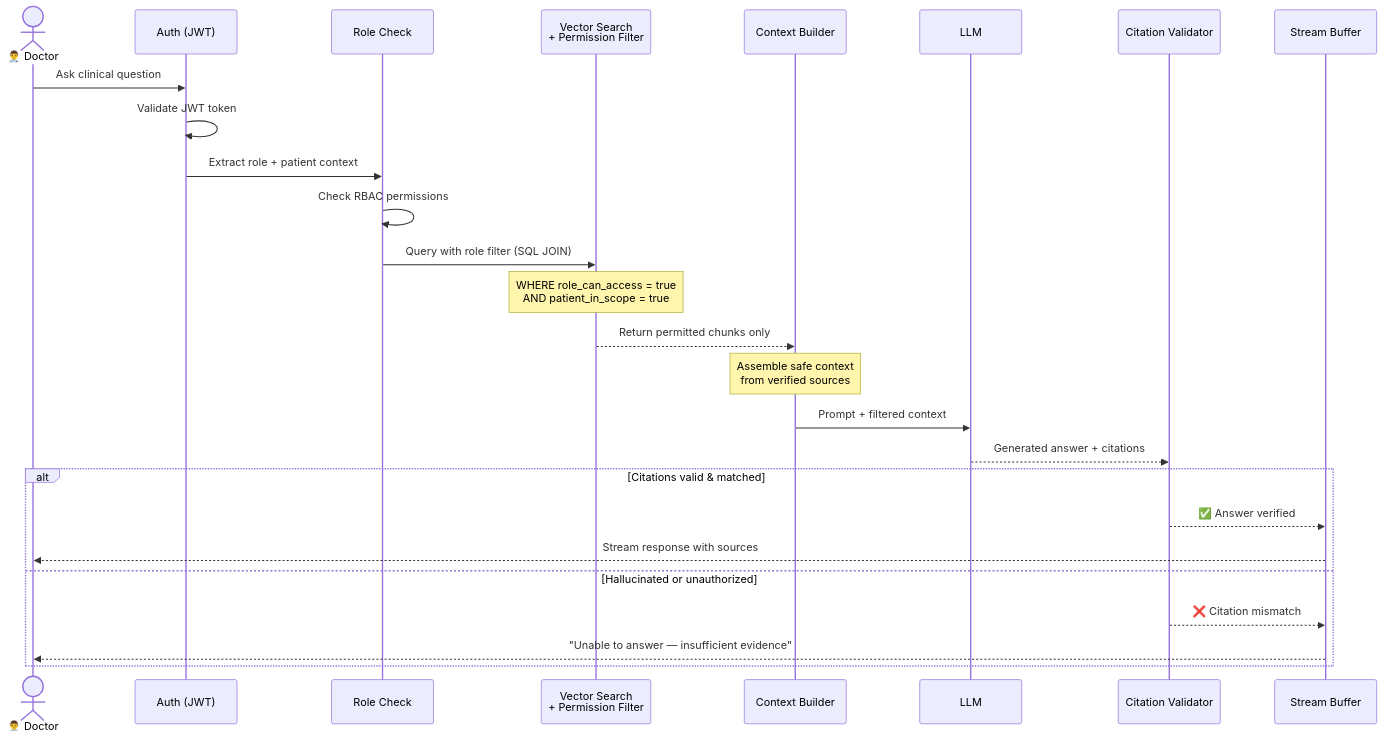
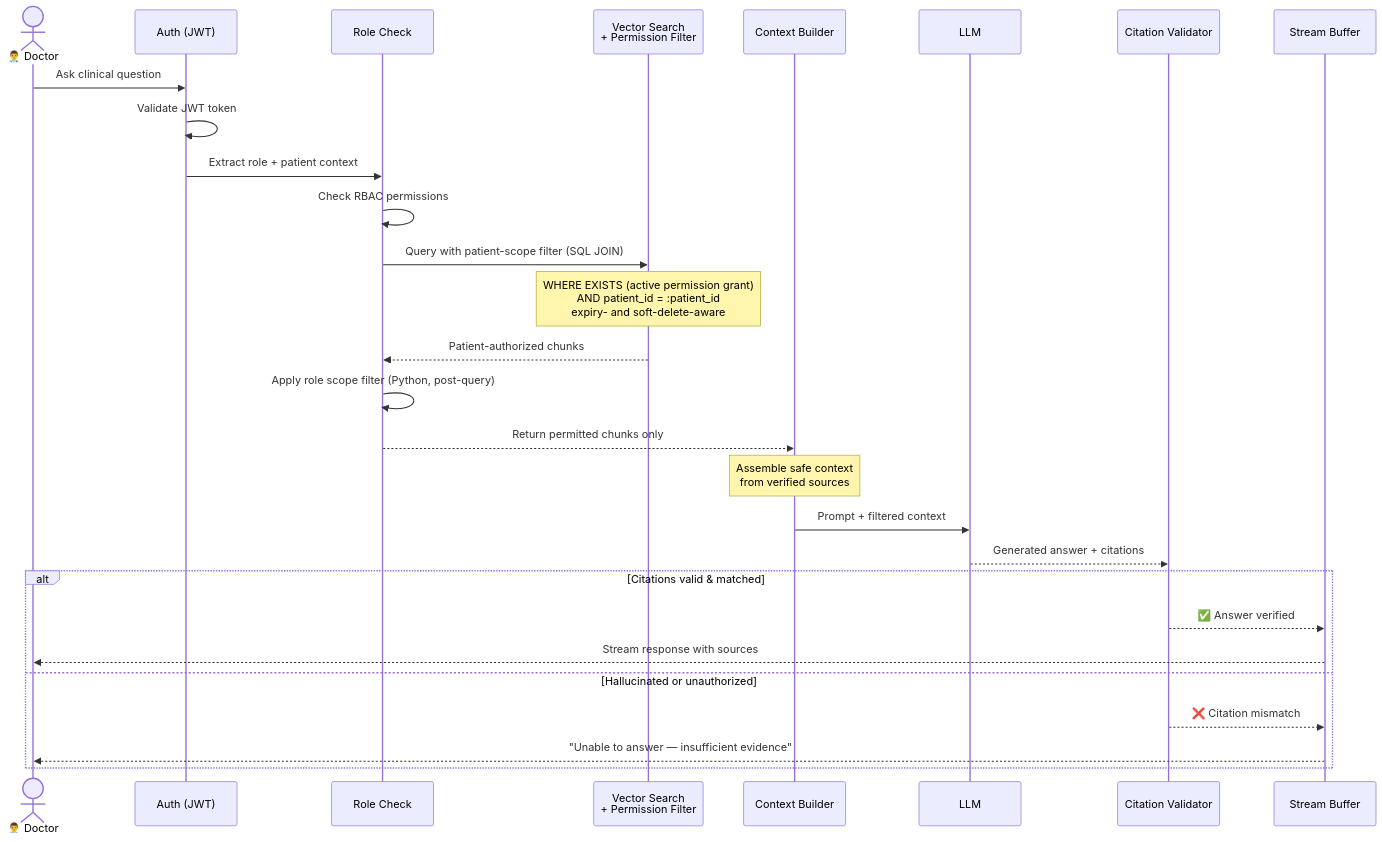
The second of 8 diagrams in README.md (qwan30/chat-hospital-system), drawn with Mermaid before and after one commit. The commit also changed other lines of this file and 2 other files, not shown here.

````diff
--- a/README.md
+++ b/README.md
@@ -178,34 +178,36 @@
 ```mermaid
 sequenceDiagram
     actor D as 👨‍⚕️ Doctor
     participant A as Auth (JWT)
     participant R as Role Check
     participant V as Vector Search<br/>+ Permission Filter
     participant C as Context Builder
     participant L as LLM
     participant CV as Citation Validator
     participant S as Stream Buffer
 
     D->>A: Ask clinical question
     A->>A: Validate JWT token
     A->>R: Extract role + patient context
     R->>R: Check RBAC permissions
-    R->>V: Query with role filter (SQL JOIN)
+    R->>V: Query with patient-scope filter (SQL JOIN)
 
-    Note over V: WHERE role_can_access = true<br/>AND patient_in_scope = true
+    Note over V: WHERE EXISTS (active permission grant)<br/>AND patient_id = :patient_id<br/>expiry- and soft-delete-aware
 
-    V-->>C: Return permitted chunks only
+    V-->>R: Patient-authorized chunks
+    R->>R: Apply role scope filter (Python, post-query)
+    R-->>C: Return permitted chunks only
 
     Note over C: Assemble safe context<br/>from verified sources
 
     C->>L: Prompt + filtered context
     L-->>CV: Generated answer + citations
 
     alt Citations valid & matched
         CV-->>S: ✅ Answer verified
         S-->>D: Stream response with sources
     else Hallucinated or unauthorized
         CV-->>S: ❌ Citation mismatch
         S-->>D: "Unable to answer — insufficient evidence"
     end
 ```
````
